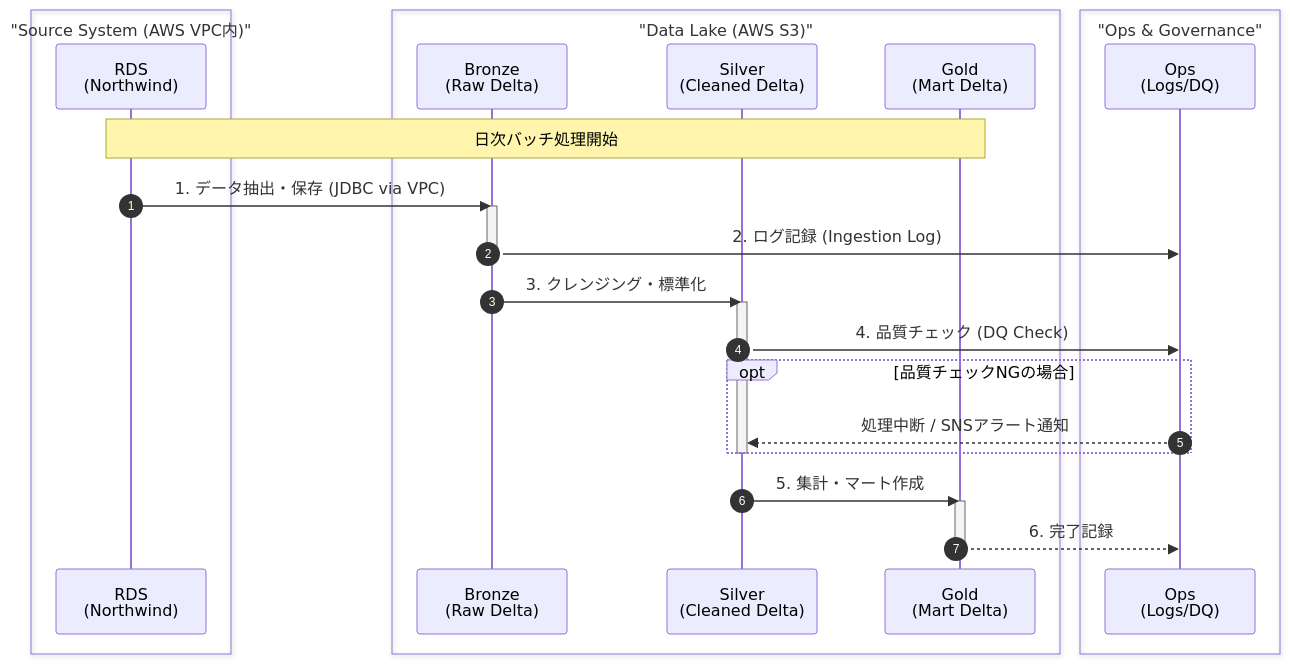
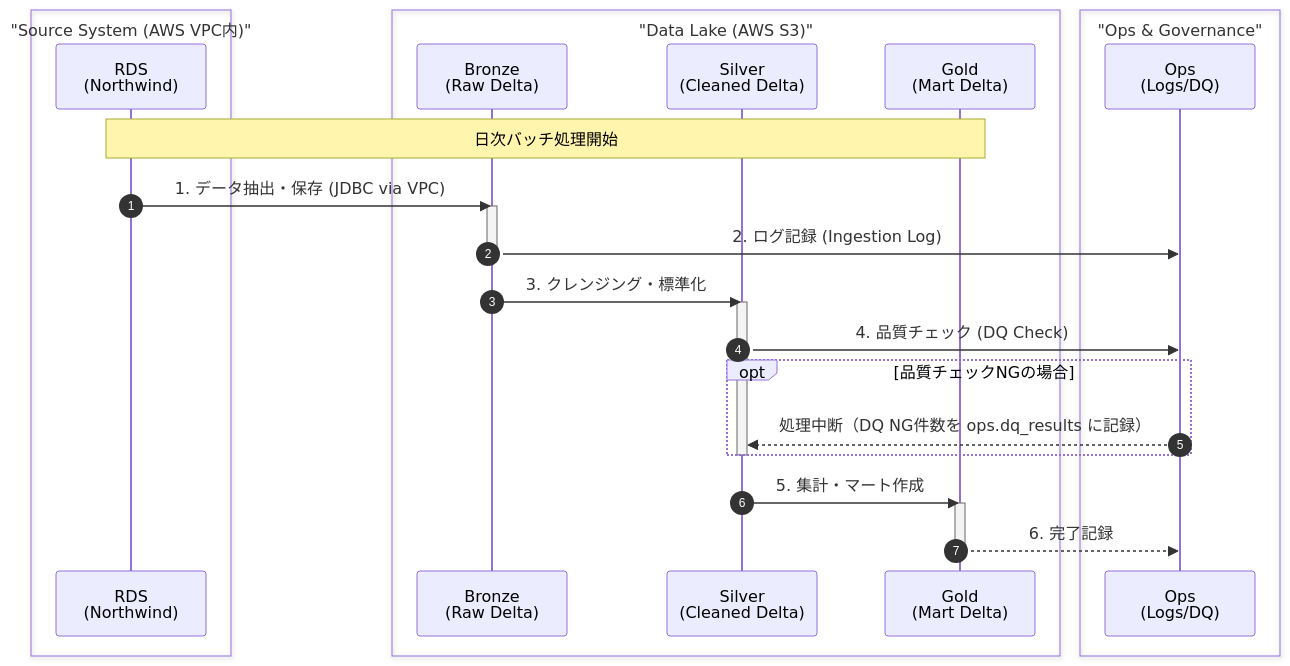
Before and after one commit to harutsugu-namitsuki/databricks_datamng: the diagram in AWSシングルクラウドVer/docs/02_design/01_基本設計・要件定義/データフロー図.md, drawn with Mermaid. The commit also changed other lines of this file and 4 other files, not shown here.

Commit message:
設計図最新化

````diff
--- a/AWSシングルクラウドVer/docs/02_design/01_基本設計・要件定義/データフロー図.md
+++ b/AWSシングルクラウドVer/docs/02_design/01_基本設計・要件定義/データフロー図.md
@@ -5,43 +5,43 @@
 ```mermaid
 sequenceDiagram
   autonumber
   %% --- 登場人物（データ/システム）の定義 ---
   box "Source System (AWS VPC内)" #f9f9f9
     participant RDS as RDS<br/>(Northwind)
   end
   
   box "Data Lake (AWS S3)" #e1f5fe
     participant Bronze as Bronze<br/>(Raw Delta)
     participant Silver as Silver<br/>(Cleaned Delta)
     participant Gold as Gold<br/>(Mart Delta)
   end
 
   box "Ops & Governance" #fff3e0
     participant Ops as Ops<br/>(Logs/DQ)
   end
 
   %% --- 処理フロー ---
   Note over RDS, Gold: 日次バッチ処理開始
 
   %% 1. Ingest（VPC内通信）
   RDS->>Bronze: 1. データ抽出・保存 (JDBC via VPC)
   activate Bronze
   Bronze->>Ops: 2. ログ記録 (Ingestion Log)
   deactivate Bronze
 
   %% 2. Transform
   Bronze->>Silver: 3. クレンジング・標準化
   activate Silver
   Silver->>Ops: 4. 品質チェック (DQ Check)
   
   opt 品質チェックNGの場合
-      Ops-->>Silver: 処理中断 / SNSアラート通知
+      Ops-->>Silver: 処理中断（DQ NG件数を ops.dq_results に記録）
   end
   deactivate Silver
 
   %% 3. Aggregate
   Silver->>Gold: 5. 集計・マート作成
   activate Gold
   Gold-->>Ops: 6. 完了記録
   deactivate Gold
 ```
````
